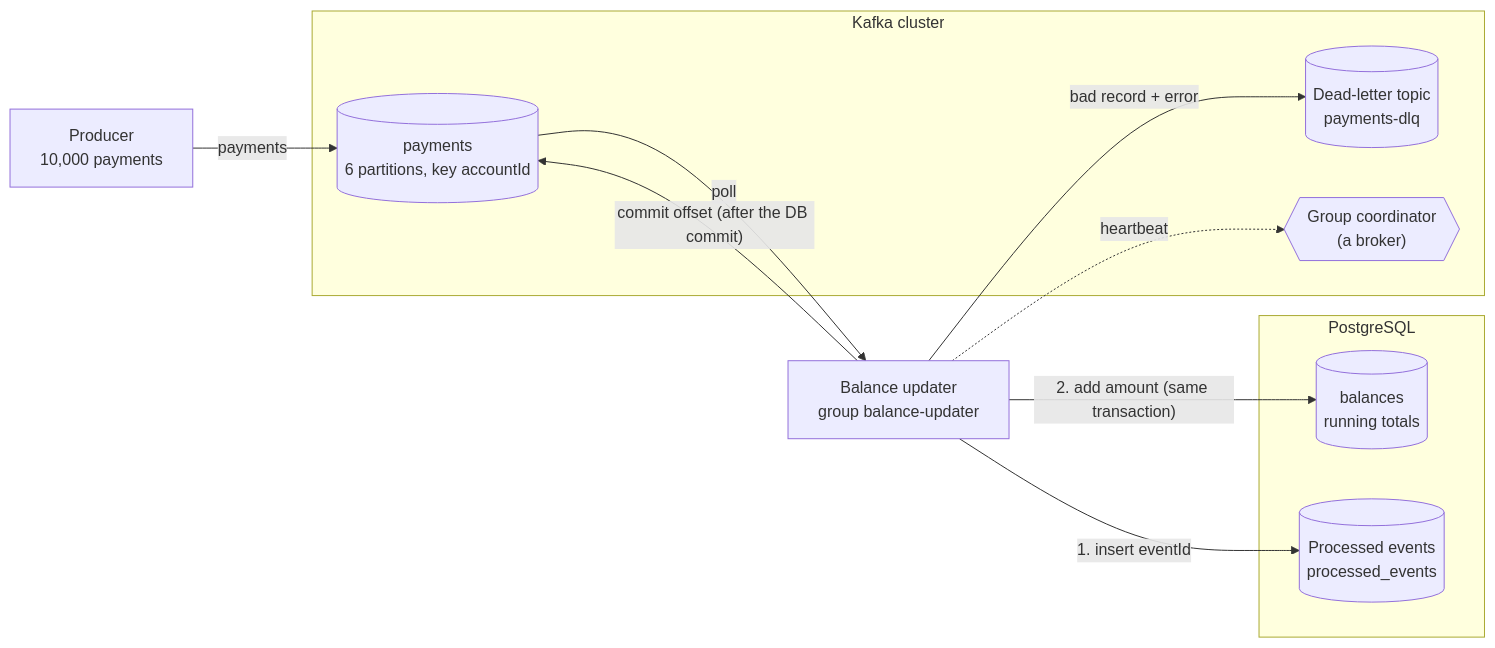
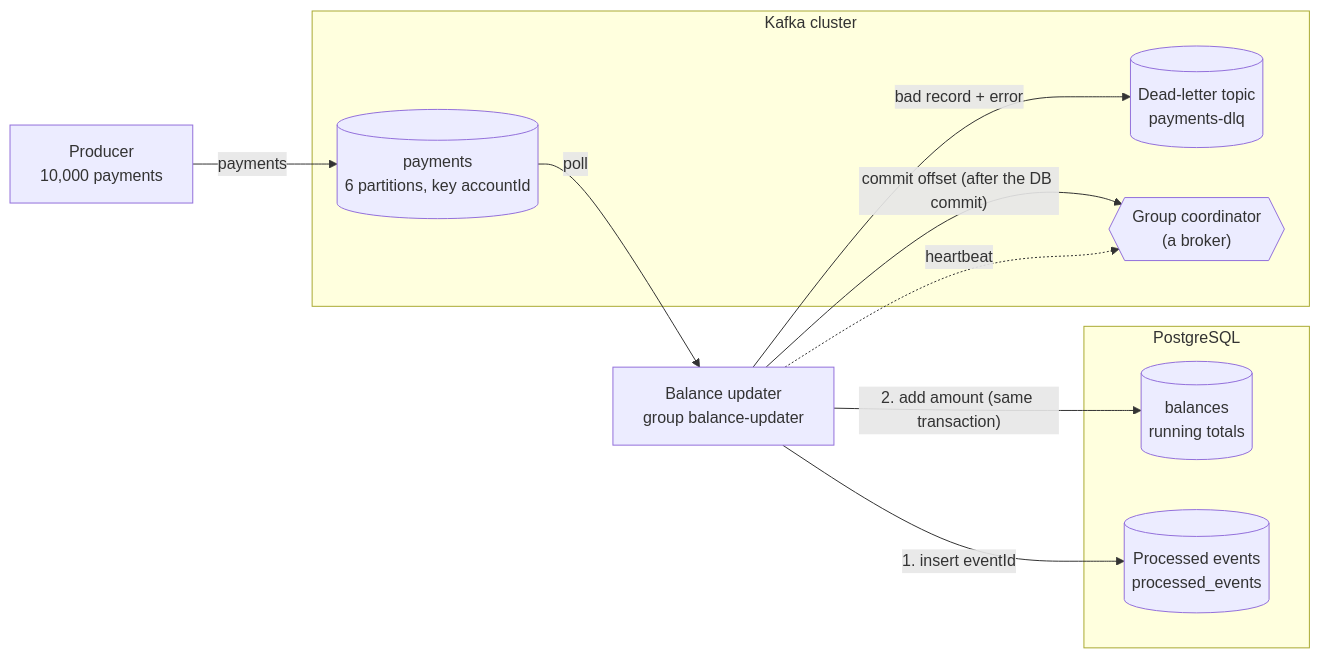
Before and after one commit to plainround-projects/kafka-idempotent-consumer: the diagram in ARCHITECTURE.md, drawn with Mermaid. The commit also changed 1 other file, not shown here.

Commit message:
docs: align the architecture notes with the code

````diff
--- a/ARCHITECTURE.md
+++ b/ARCHITECTURE.md
@@ -29,21 +29,21 @@
 ```mermaid
 flowchart LR
     producer["Producer<br/>10,000 payments"]
     subgraph kc["Kafka cluster"]
         topic[("payments<br/>6 partitions, key accountId")]
         dlt[("Dead-letter topic<br/>payments-dlq")]
         gc{{"Group coordinator<br/>(a broker)"}}
     end
     updater["Balance updater<br/>group balance-updater"]
     subgraph pg["PostgreSQL"]
         balances[("balances<br/>running totals")]
         seen[("Processed events<br/>processed_events")]
     end
     producer -- "payments" --> topic
     topic -- "poll" --> updater
-    updater -- "commit offset (after the DB commit)" --> topic
+    updater -- "commit offset (after the DB commit)" --> gc
     updater -- "1. insert eventId" --> seen
     updater -- "2. add amount (same transaction)" --> balances
     updater -- "bad record + error" --> dlt
     updater -. "heartbeat" .-> gc
 ```
````
